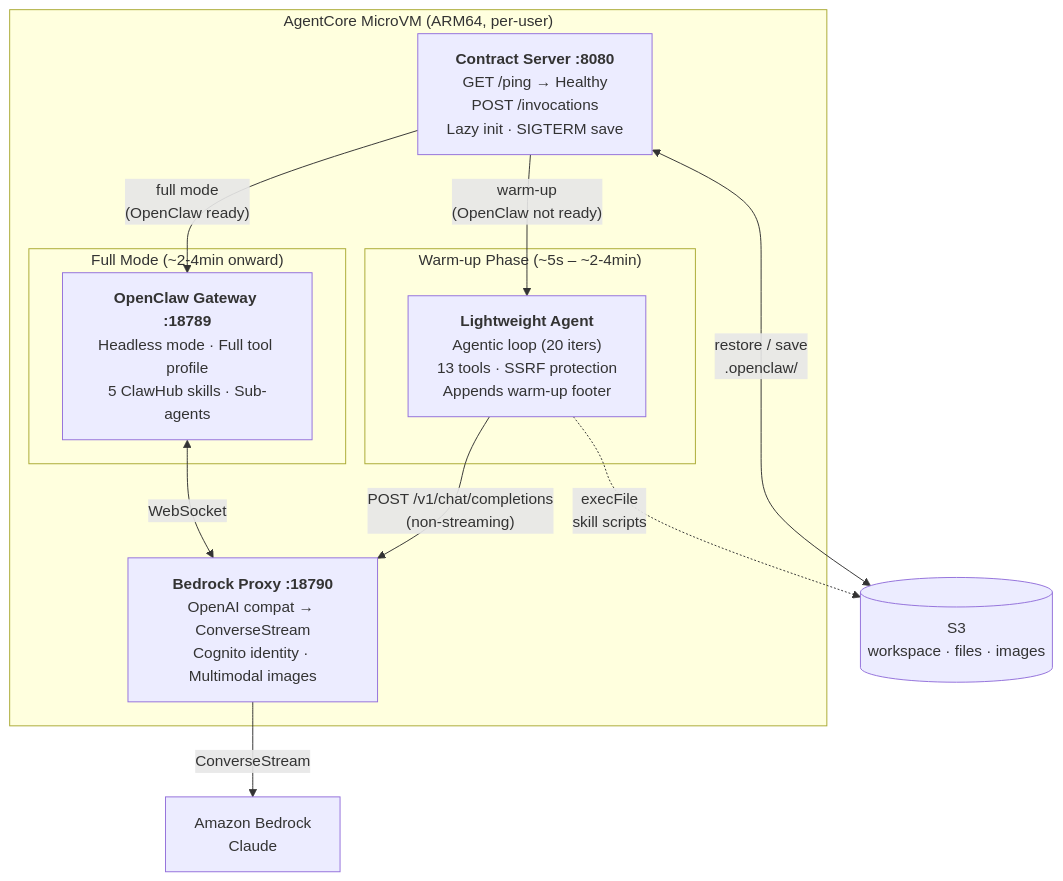
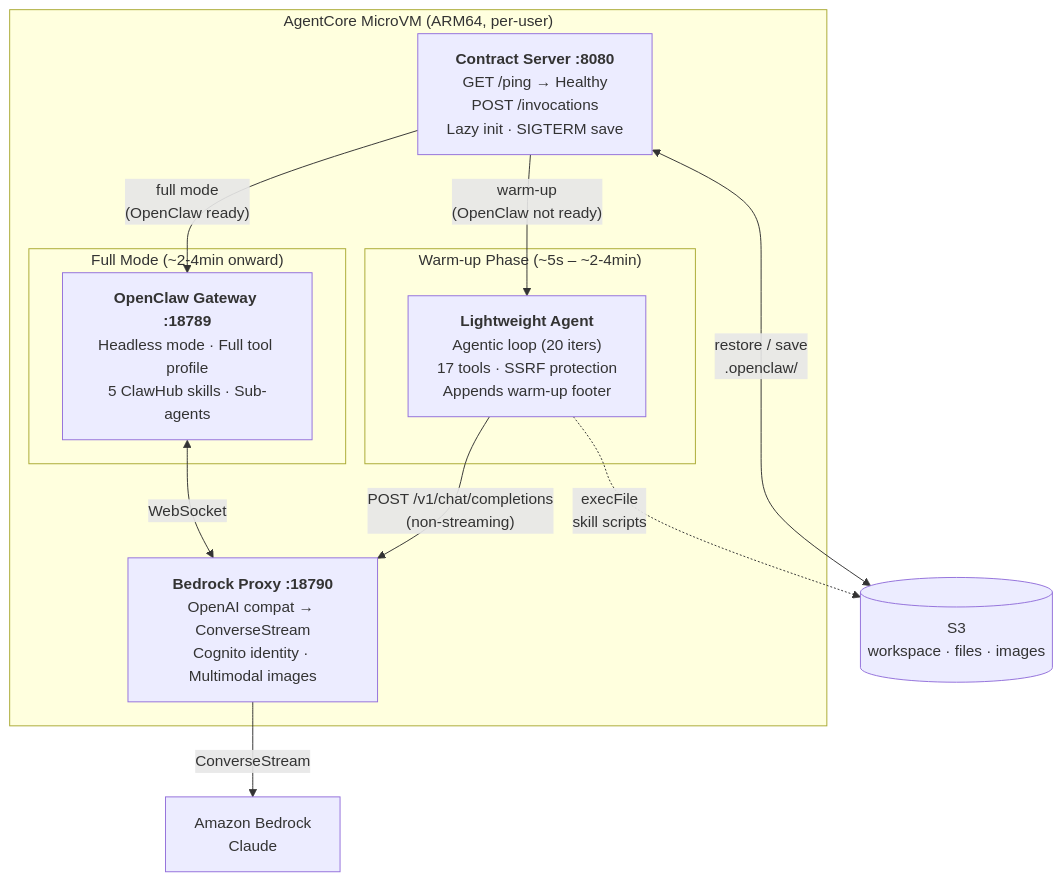
One commit to nathanielng/sample-host-openclaw-on-amazon-bedrock-agentcore changed the fifth of 7 diagrams in docs/architecture-detailed.md. Above: the diagram before and after it, drawn with Mermaid. The commit also changed other lines of this file and 4 other files, not shown here.

````diff
--- a/docs/architecture-detailed.md
+++ b/docs/architecture-detailed.md
@@ -164,28 +164,28 @@
 ```mermaid
 flowchart TB
     subgraph MicroVM["AgentCore MicroVM (ARM64, per-user)"]
         CONTRACT["<b>Contract Server :8080</b><br/>GET /ping → Healthy<br/>POST /invocations<br/>Lazy init · SIGTERM save"]
 
         CONTRACT -->|"warm-up<br/>(OpenClaw not ready)"| SHIM
         CONTRACT -->|"full mode<br/>(OpenClaw ready)"| OPENCLAW
 
         subgraph ShimBox["Warm-up Phase (~5s – ~2-4min)"]
-            SHIM["<b>Lightweight Agent</b><br/>Agentic loop (20 iters)<br/>13 tools · SSRF protection<br/>Appends warm-up footer"]
+            SHIM["<b>Lightweight Agent</b><br/>Agentic loop (20 iters)<br/>17 tools · SSRF protection<br/>Appends warm-up footer"]
         end
 
         subgraph FullBox["Full Mode (~2-4min onward)"]
             OPENCLAW["<b>OpenClaw Gateway :18789</b><br/>Headless mode · Full tool profile<br/>5 ClawHub skills · Sub-agents"]
         end
 
         PROXY["<b>Bedrock Proxy :18790</b><br/>OpenAI compat → ConverseStream<br/>Cognito identity · Multimodal images"]
 
         SHIM -->|"POST /v1/chat/completions<br/>(non-streaming)"| PROXY
         OPENCLAW <-->|WebSocket| PROXY
     end
 
     PROXY -->|ConverseStream| BEDROCK["Amazon Bedrock<br/>Claude"]
 
     S3[("S3<br/>workspace · files · images")]
     CONTRACT <-->|"restore / save<br/>.openclaw/"| S3
     SHIM -.->|"execFile<br/>skill scripts"| S3
 ```
````
